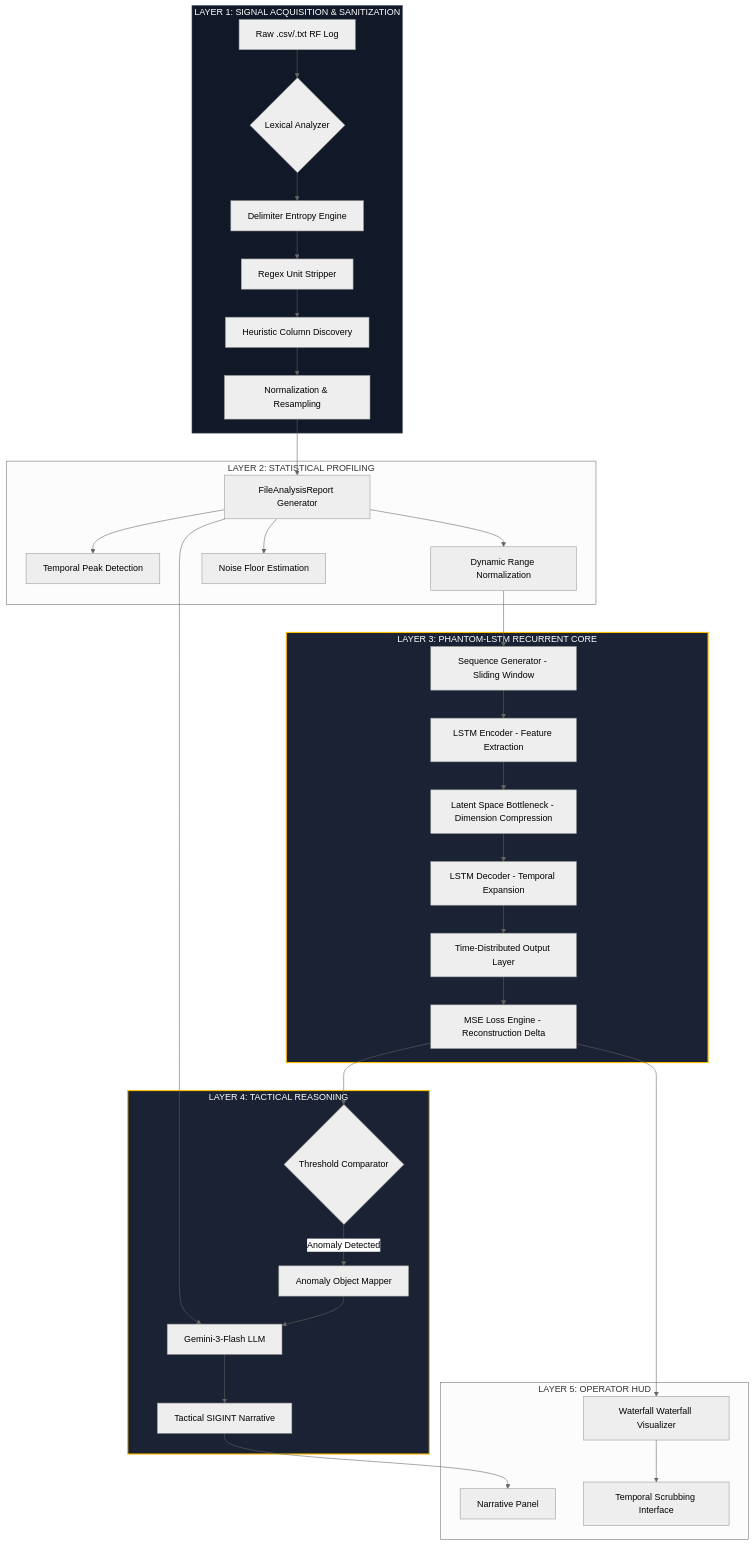
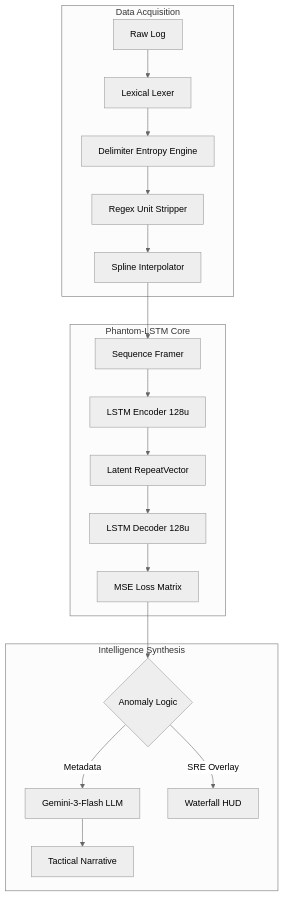
Before and after one commit to ritvikindupuri/PhantomBand: the diagram in TECHNICAL_DOCUMENTATION.md, drawn with Mermaid (neutral theme). The commit also changed other lines of this file and 1 other file, not shown here.

````diff
--- a/TECHNICAL_DOCUMENTATION.md
+++ b/TECHNICAL_DOCUMENTATION.md
@@ -19,44 +19,24 @@
 ```mermaid
-graph TB
-    subgraph Data_Layer [LAYER 1: SIGNAL ACQUISITION & SANITIZATION]
-        A1[Raw .csv/.txt RF Log] --> B1{Lexical Analyzer}
+graph TD
+    subgraph Layer_1_Ingestion [Data Acquisition]
+        A1[Raw Log] --> B1[Lexical Lexer]
         B1 --> B2[Delimiter Entropy Engine]
         B2 --> B3[Regex Unit Stripper]
-        B3 --> B4[Heuristic Column Discovery]
-        B4 --> B5[Normalization & Resampling]
+        B3 --> B4[Spline Interpolator]
     end
 
-    subgraph Analysis_Layer [LAYER 2: STATISTICAL PROFILING]
-        B5 --> C1[FileAnalysisReport Generator]
-        C1 --> C2[Temporal Peak Detection]
-        C1 --> C3[Dynamic Range Normalization]
-        C1 --> C4[Noise Floor Estimation]
+    subgraph Layer_2_ML_Core [Phantom-LSTM Core]
+        B4 --> C1[Sequence Framer]
+        C1 --> C2[LSTM Encoder 128u]
+        C2 --> C3[Latent RepeatVector]
+        C3 --> C4[LSTM Decoder 128u]
+        C4 --> C5[MSE Loss Matrix]
     end
 
-    subgraph ML_Engine [LAYER 3: PHANTOM-LSTM RECURRENT CORE]
-        C3 --> D1[Sequence Generator - Sliding Window]
-        D1 --> D2[LSTM Encoder - Feature Extraction]
-        D2 --> D3[Latent Space Bottleneck - Dimension Compression]
-        D3 --> D4[LSTM Decoder - Temporal Expansion]
-        D4 --> D5[Time-Distributed Output Layer]
-        D5 --> D6[MSE Loss Engine - Reconstruction Delta]
+    subgraph Layer_3_HUD [Intelligence Synthesis]
+        C5 --> D1{Anomaly Logic}
+        D1 -->|Metadata| E1[Gemini-3-Flash LLM]
+        D1 -->|SRE Overlay| F1[Waterfall HUD]
+        E1 --> G1[Tactical Narrative]
     end
-
-    subgraph Intelligence_Synthesis [LAYER 4: TACTICAL REASONING]
-        D6 --> E1{Threshold Comparator}
-        E1 -- "Anomaly Detected" --> E2[Anomaly Object Mapper]
-        C1 & E2 --> E3[Gemini-3-Flash LLM]
-        E3 --> E4[Tactical SIGINT Narrative]
-    end
-
-    subgraph UX_HUD [LAYER 5: OPERATOR HUD]
-        E4 --> F1[Narrative Panel]
-        D6 --> F2[Waterfall Waterfall Visualizer]
-        F2 --> F3[Temporal Scrubbing Interface]
-    end
-
-    %% Styles
-    style ML_Engine fill:#1a2233,stroke:#FFBF00,stroke-width:2px,color:#fff
-    style Intelligence_Synthesis fill:#1a2233,stroke:#FFBF00,stroke-width:2px,color:#fff
-    style Data_Layer fill:#111827,stroke:#4b5563,color:#fff
 ```
````
